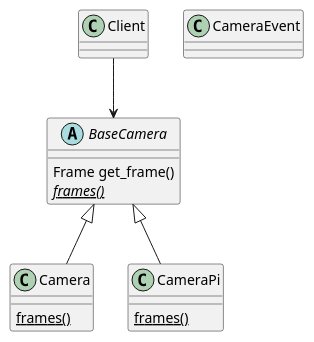
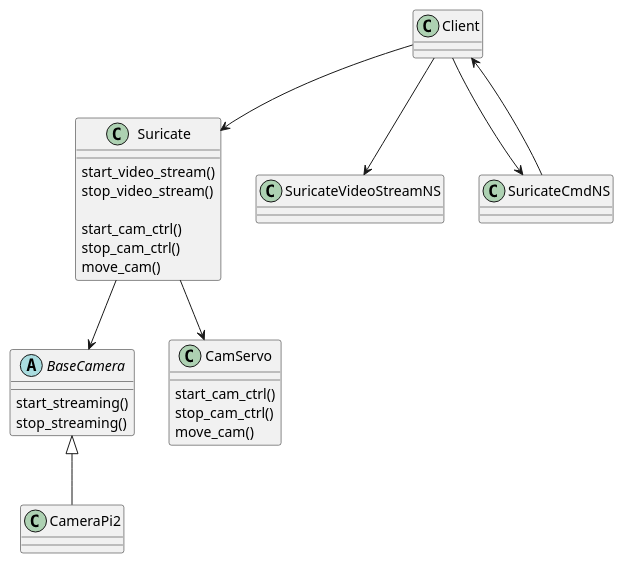
The diagram in doc/class.puml (dkleinbe/suricatewatcher_client), drawn with PlantUML before and after one commit. The commit also changed 3 other files, not shown here.

```diff
--- a/doc/class.puml
+++ b/doc/class.puml
@@ -1,32 +1,53 @@
 @startuml classdiag
 
 class Client {
 
 
 }
 
-class CameraEvent {
-  
+class Suricate {
+  start_video_stream()
+  stop_video_stream()
+
+  start_cam_ctrl()
+  stop_cam_ctrl()
+  move_cam()
+}
+
+class SuricateVideoStreamNS {
+
+}
+
+class SuricateCmdNS {
+
 }
 
 abstract class BaseCamera {
-  Frame get_frame()
-  {abstract} {static} frames()
+  start_streaming()
+  stop_streaming()
 }
 
-class Camera {
 
-  {static} frames()
+
+class CameraPi2 {
+
 
 }
 
-class CameraPi {
-
-  {static} frames()
+class CamServo {
+  start_cam_ctrl()
+  stop_cam_ctrl()
+  move_cam()
 }
 
-BaseCamera <|-- Camera
-BaseCamera <|-- CameraPi
-Client --> BaseCamera
+BaseCamera <|-- CameraPi2
+Client --> Suricate
+Client --> SuricateVideoStreamNS
+Client --> SuricateCmdNS
+Suricate --> BaseCamera
+Suricate --> CamServo
+
+SuricateCmdNS --> Client
+
 
 @enduml
```
